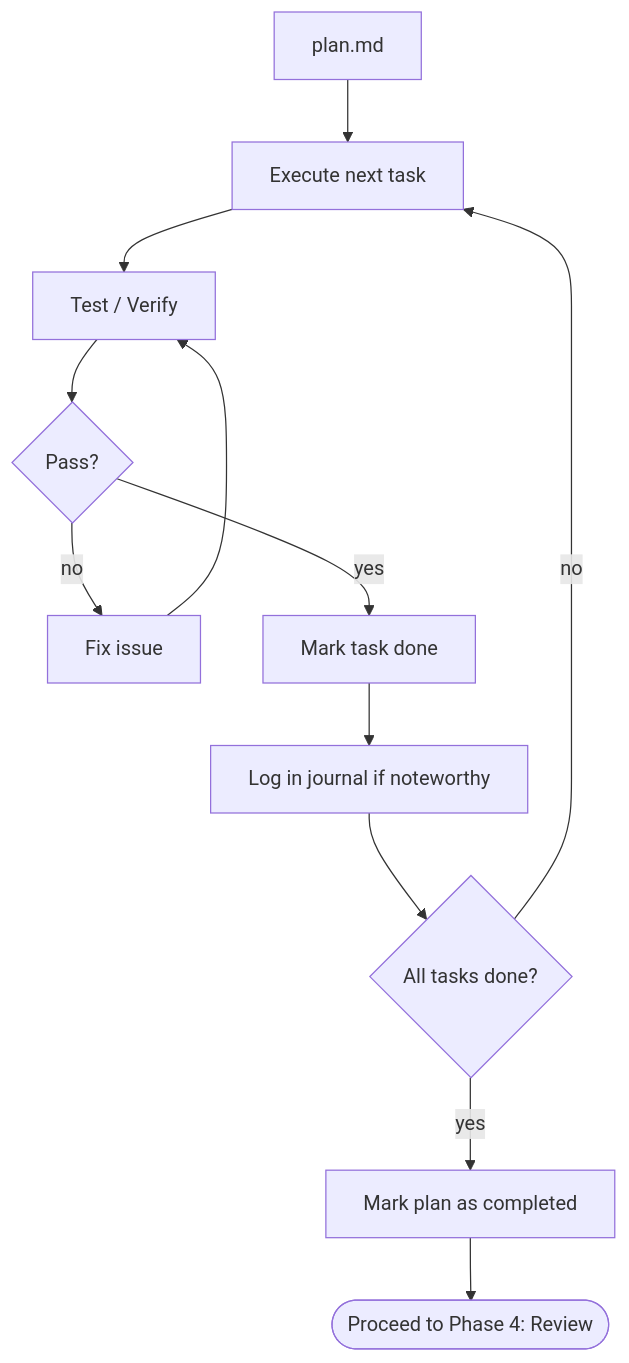
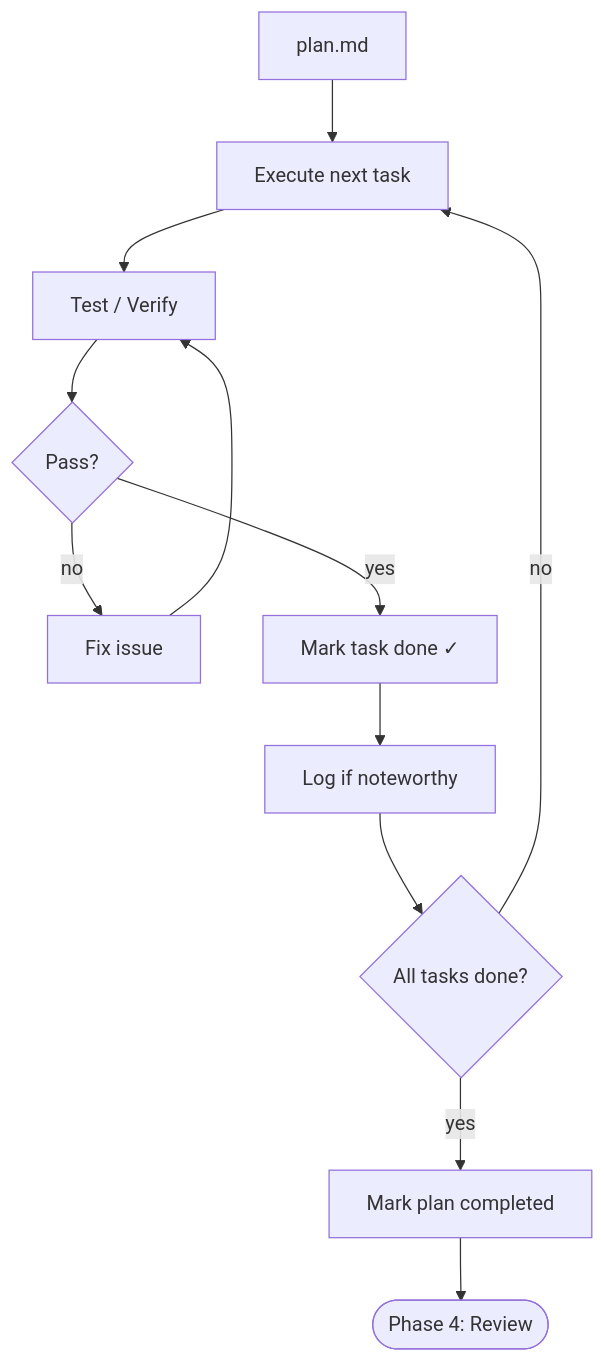
One commit to itsnamor/flower changed the diagram in core/skills/flower/references/build.md. Above: the diagram before and after it, drawn with Mermaid. The commit also changed other lines of this file and 4 other files, not shown here.

````diff
--- a/core/skills/flower/references/build.md
+++ b/core/skills/flower/references/build.md
@@ -7,14 +7,14 @@
 ```mermaid
 flowchart TD
     Start[plan.md] --> B1[Execute next task]
     B1 --> B2[Test / Verify]
     B2 --> C1{Pass?}
     C1 -- no --> B3[Fix issue]
-    C1 -- yes --> B4[Mark task done]
+    C1 -- yes --> B4[Mark task done ✓]
     B3 --> B2
-    B4 --> B5[Log in journal if noteworthy]
+    B4 --> B5[Log if noteworthy]
     B5 --> C2{All tasks done?}
     C2 -- no --> B1
-    C2 -- yes --> B6[Mark plan as completed]
-    B6 --> End([Proceed to Phase 4: Review])
+    C2 -- yes --> B6[Mark plan completed]
+    B6 --> End([Phase 4: Review])
 ```
````
